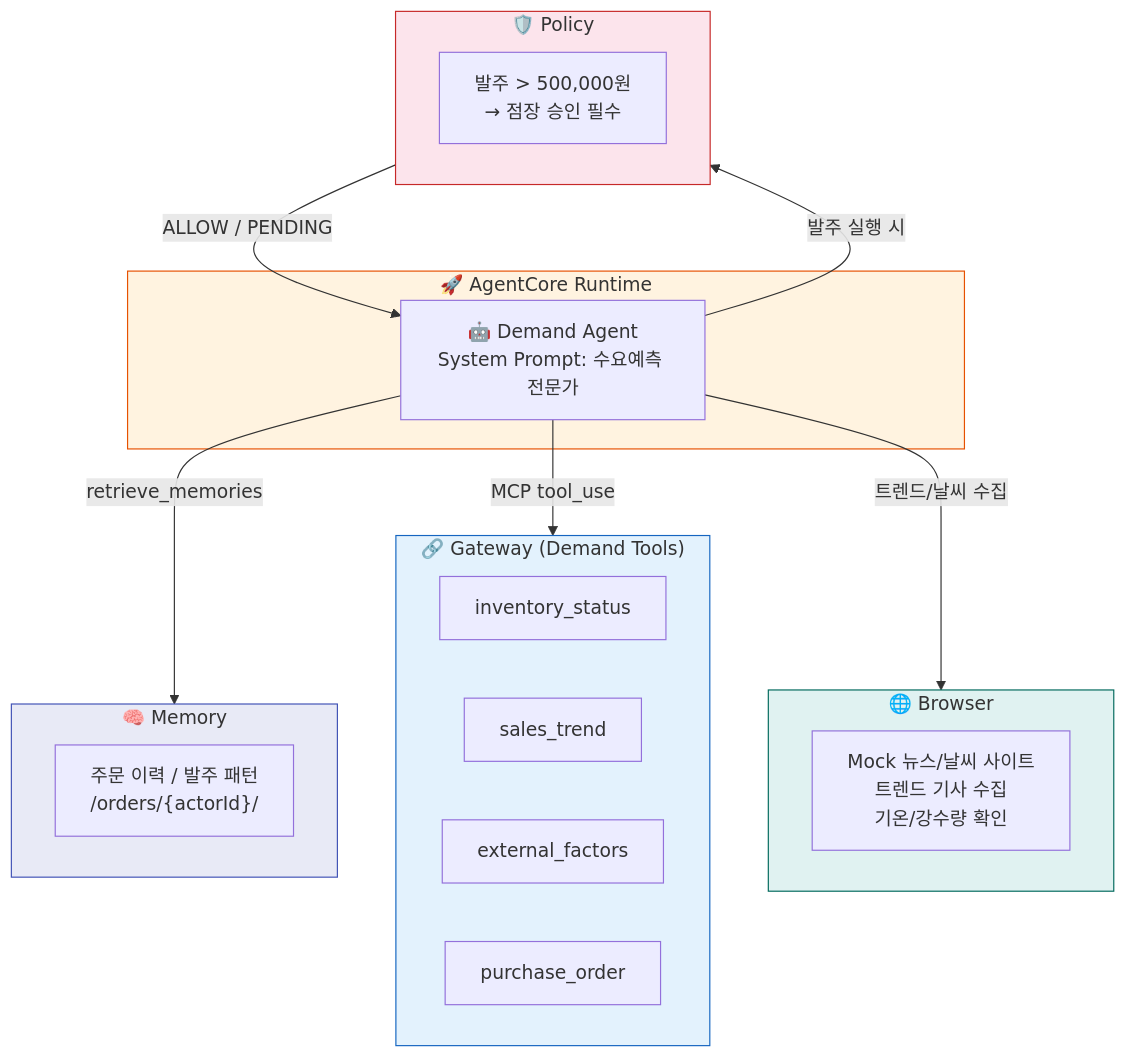
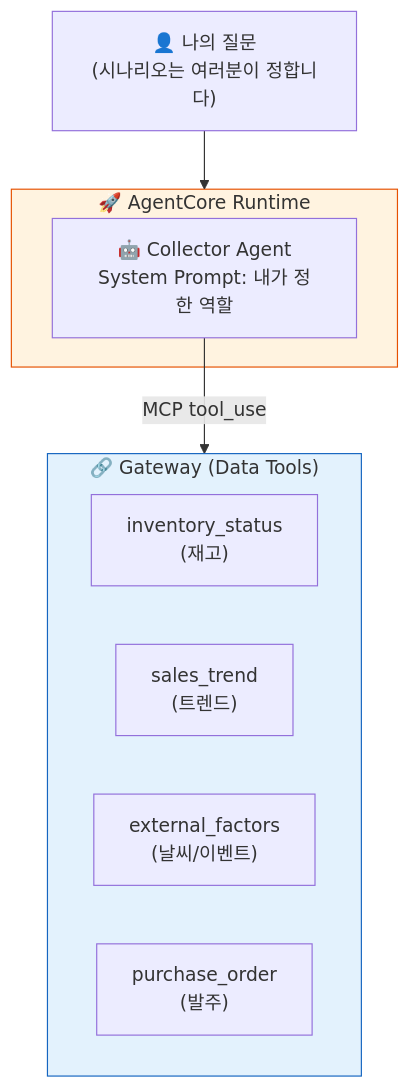
One commit to kjhyuok/rcg-agentcore-workshop-guide changed the diagram in docs/phase2b/index.md. Above: the diagram before and after it, drawn with Mermaid. The commit also changed other lines of this file and 28 other files, not shown here.

````diff
--- a/docs/phase2b/index.md
+++ b/docs/phase2b/index.md
@@ -31,37 +34,21 @@
 ```mermaid
 graph TB
+    U["👤 나의 질문<br/>(시나리오는 여러분이 정합니다)"]
+
     subgraph RT["🚀 AgentCore Runtime"]
-        AG["🤖 Demand Agent<br/>System Prompt: 수요예측 전문가"]
+        AG["🤖 Collector Agent<br/>System Prompt: 내가 정한 역할"]
     end
 
-    subgraph ME["🧠 Memory"]
-        MR["주문 이력 / 발주 패턴<br/>/orders/{actorId}/"]
+    subgraph GW["🔗 Gateway (Data Tools)"]
+        T1["inventory_status<br/>(재고)"]
+        T2["sales_trend<br/>(트렌드)"]
+        T3["external_factors<br/>(날씨/이벤트)"]
+        T4["purchase_order<br/>(발주)"]
     end
 
-    subgraph GW["🔗 Gateway (Demand Tools)"]
-        T1["inventory_status"]
-        T2["sales_trend"]
-        T3["external_factors"]
-        T4["purchase_order"]
-    end
-
-    subgraph BR["🌐 Browser"]
-        WB["Mock 뉴스/날씨 사이트<br/>트렌드 기사 수집<br/>기온/강수량 확인"]
-    end
-
-    subgraph PO["🛡️ Policy"]
-        PL["발주 > 500,000원<br/>→ 점장 승인 필수"]
-    end
-
-    AG -->|retrieve_memories| ME
+    U --> RT
     AG -->|MCP tool_use| GW
-    AG -->|트렌드/날씨 수집| BR
-    AG -->|발주 실행 시| PO
-    PO -->|ALLOW / PENDING| AG
 
     style RT fill:#fff3e0,stroke:#e65100
-    style ME fill:#e8eaf6,stroke:#3f51b5
     style GW fill:#e3f2fd,stroke:#1565c0
-    style BR fill:#e0f2f1,stroke:#00695c
-    style PO fill:#fce4ec,stroke:#c62828
 ```
````
